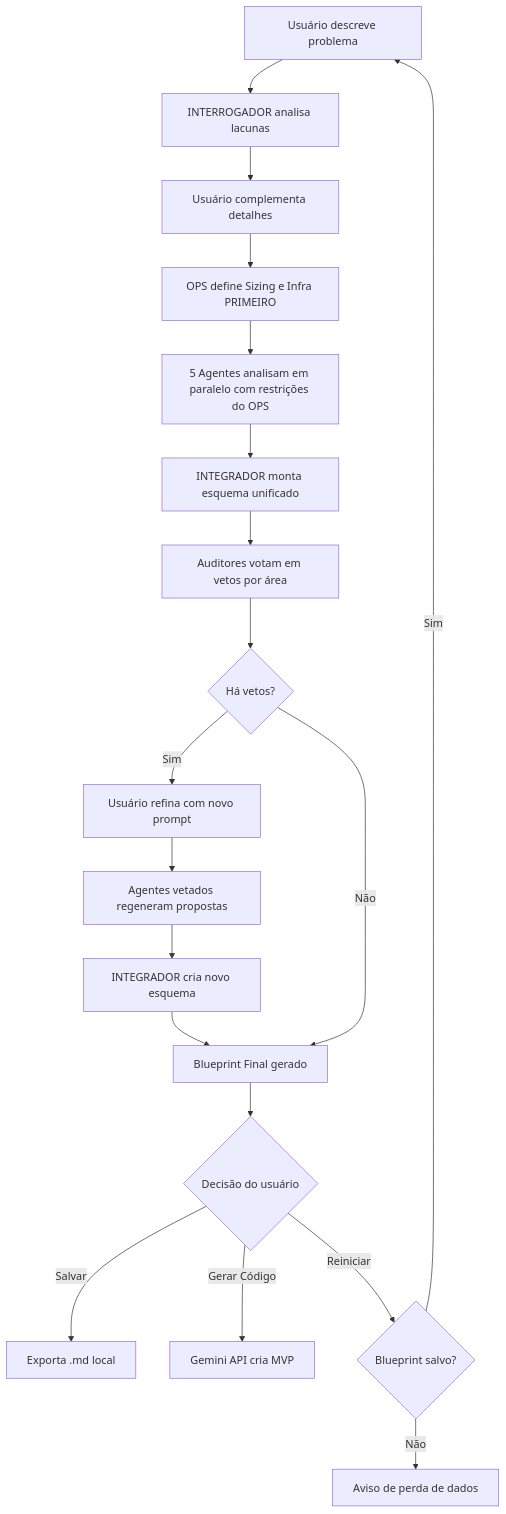
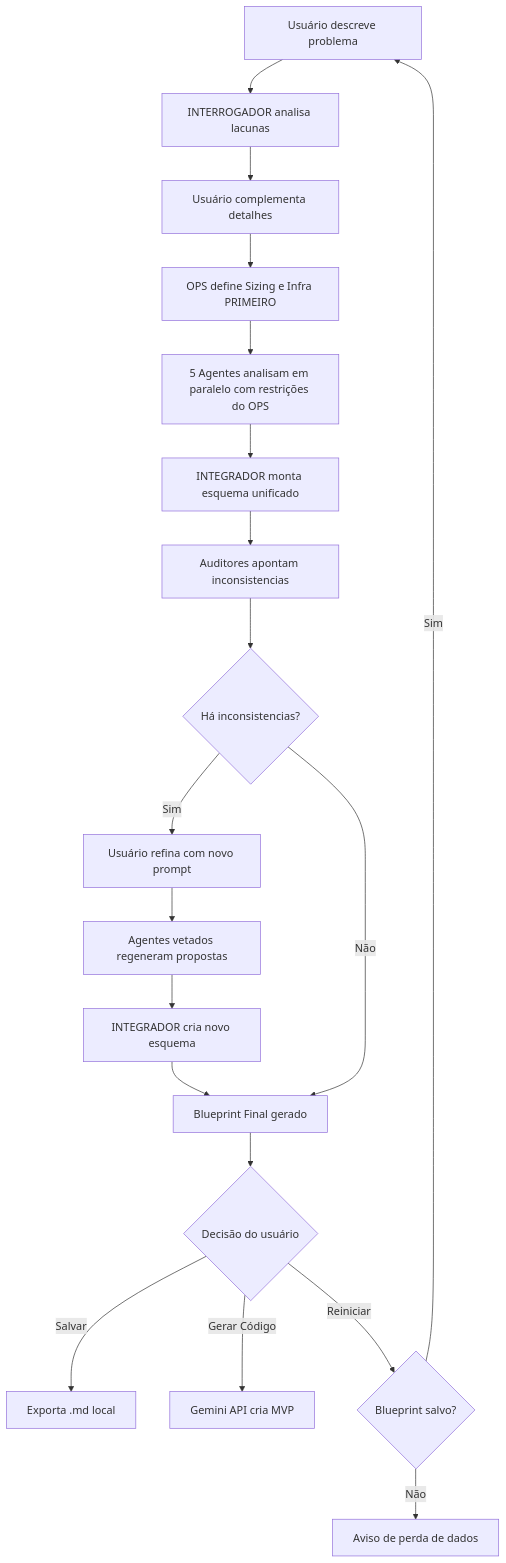
Before and after one commit to AndersonFreitasF/tribunal: the diagram in readme.md, drawn with Mermaid.

````diff
--- a/readme.md
+++ b/readme.md
@@ -34,21 +34,21 @@
 ```mermaid
 graph TD
     A[Usuário descreve problema] --> B[INTERROGADOR analisa lacunas]
     B --> C[Usuário complementa detalhes]
     C --> D[OPS define Sizing e Infra PRIMEIRO]
     D --> E[5 Agentes analisam em paralelo com restrições do OPS]
     E --> F[INTEGRADOR monta esquema unificado]
-    F --> G[Auditores votam em vetos por área]
-    G --> H{Há vetos?}
+    F --> G[Auditores apontam inconsistencias]
+    G --> H{Há inconsistencias?}
     H -->|Sim| I[Usuário refina com novo prompt]
     I --> J[Agentes vetados regeneram propostas]
     J --> K[INTEGRADOR cria novo esquema]
     K --> L
     H -->|Não| L[Blueprint Final gerado]
     L --> M{Decisão do usuário}
     M -->|Salvar| N[Exporta .md local]
     M -->|Gerar Código| O[Gemini API cria MVP]
     M -->|Reiniciar| P{Blueprint salvo?}
     P -->|Não| Q[Aviso de perda de dados]
     P -->|Sim| A
 ```
````
